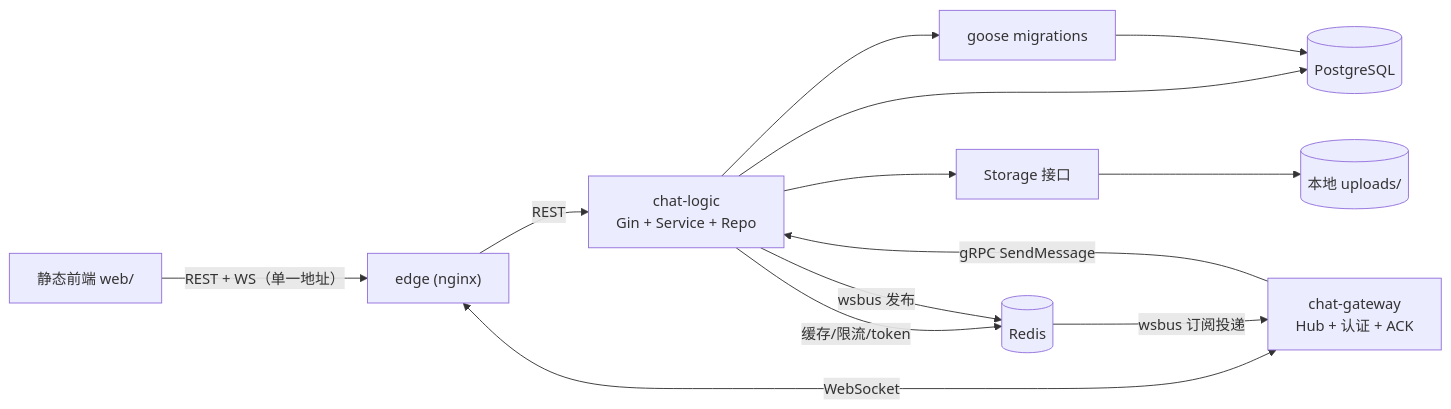
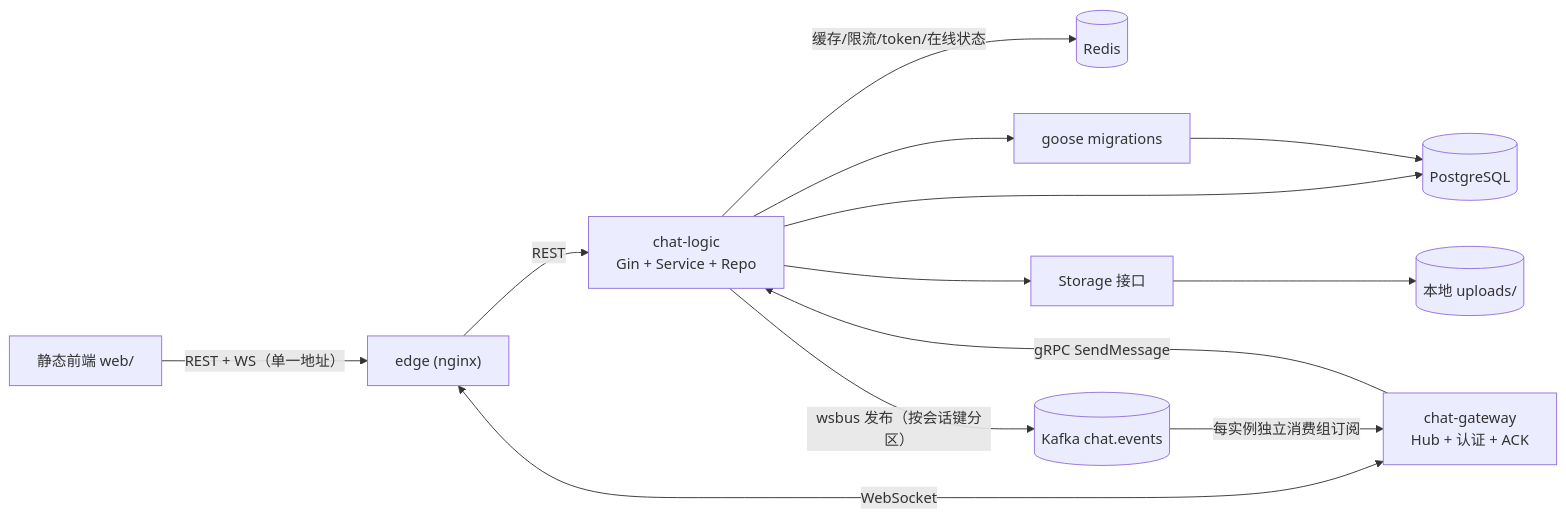
The first of 4 diagrams in README.md (Wh1teCaat/go-chat), drawn with Mermaid before and after one commit. The commit also changed other lines of this file and 18 other files, not shown here.

Commit message:
阶段 3：事件总线从 Redis Pub/Sub 迁移到 Kafka（分区保序、消费组广播、就绪探针）

````diff
--- a/README.md
+++ b/README.md
@@ -19,13 +20,13 @@
 ```mermaid
 flowchart LR
     Browser["静态前端 web/"] -->|"REST + WS（单一地址）"| Edge["edge (nginx)"]
     Edge -->|REST| Logic["chat-logic<br/>Gin + Service + Repo"]
     Edge <-->|WebSocket| GW["chat-gateway<br/>Hub + 认证 + ACK"]
     GW -->|gRPC SendMessage| Logic
     Logic --> PG[("PostgreSQL")]
-    Logic -->|"缓存/限流/token"| Redis[("Redis")]
-    Logic -->|"wsbus 发布"| Redis
-    Redis -->|"wsbus 订阅投递"| GW
+    Logic -->|"缓存/限流/token/在线状态"| Redis[("Redis")]
+    Logic -->|"wsbus 发布（按会话键分区）"| Kafka[("Kafka chat.events")]
+    Kafka -->|"每实例独立消费组订阅"| GW
     Logic --> Storage["Storage 接口"] --> Local[("本地 uploads/")]
     Logic --> Goose["goose migrations"] --> PG
 ```
````
